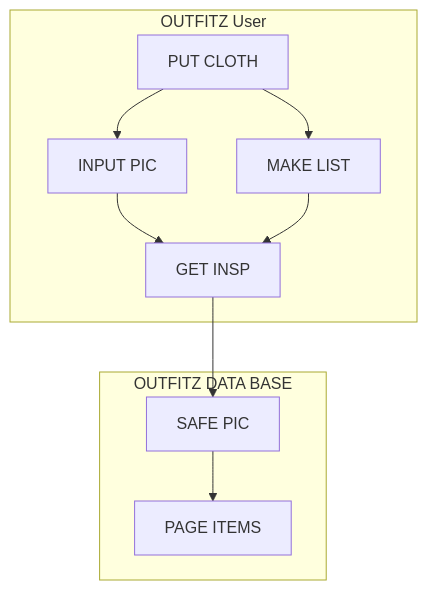
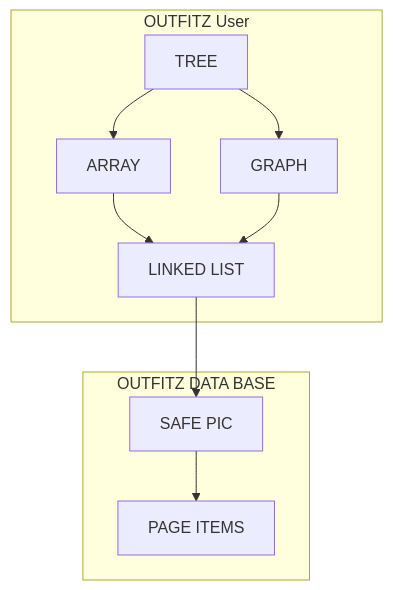
The first of 2 diagrams in README.md (fardhozurr/my-pertamina), drawn with Mermaid before and after one commit.

````diff
--- a/README.md
+++ b/README.md
@@ -58,23 +58,23 @@
 ```mermaid
 graph TD
   subgraph OUTFITZ User
-    A[INPUT PIC]
-    B[GET INSP]
-    C[PUT CLOTH]
-    D[MAKE LIST]
+    A[ARRAY]
+    B[LINKED LIST]
+    C[TREE]
+    D[GRAPH]
   end
 
   subgraph OUTFITZ DATA BASE
     E[SAFE PIC]
     F[PAGE ITEMS]
     
   end
 
   A --> B
   B --> E
   C --> A
   C --> D
   D --> B
   E --> F 
 
 ```
````
